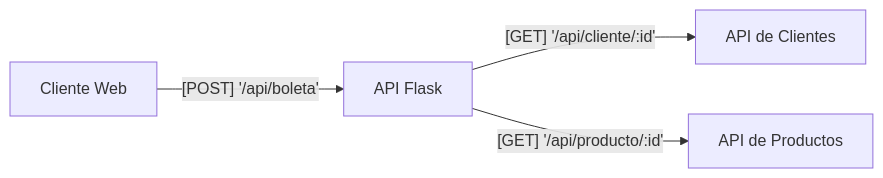
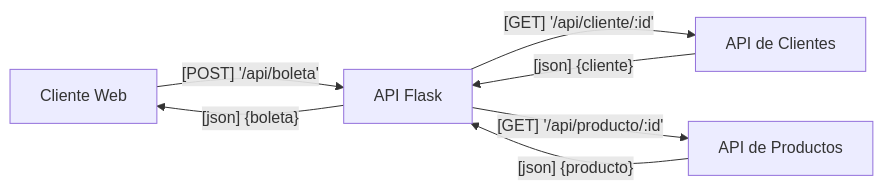
The diagram in README.md (sebascode/2024_ASY5131_IntegracionPlataformas), drawn with Mermaid before and after one commit.

````diff
--- a/README.md
+++ b/README.md
@@ -37,6 +37,9 @@
 ```mermaid
 graph LR
     A[Cliente Web] -->|"[POST] '/api/boleta'"|B[API Flask]
     B -->|"[GET] '/api/cliente/:id'"| C[API de Clientes]
     B -->|"[GET] '/api/producto/:id'"| D[API de Productos]
+    C -->|"[json] {cliente}"| B
+    D -->|"[json] {producto}"| B
+    B -->|"[json] {boleta}"| A
 ```
````
